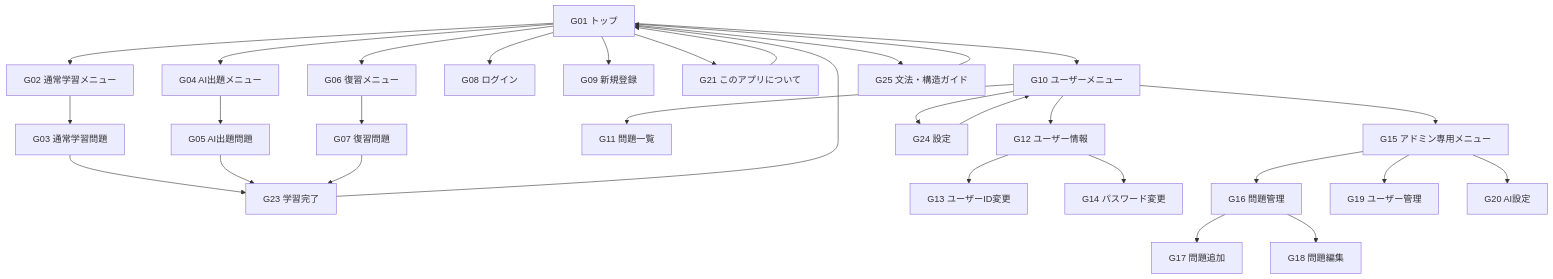
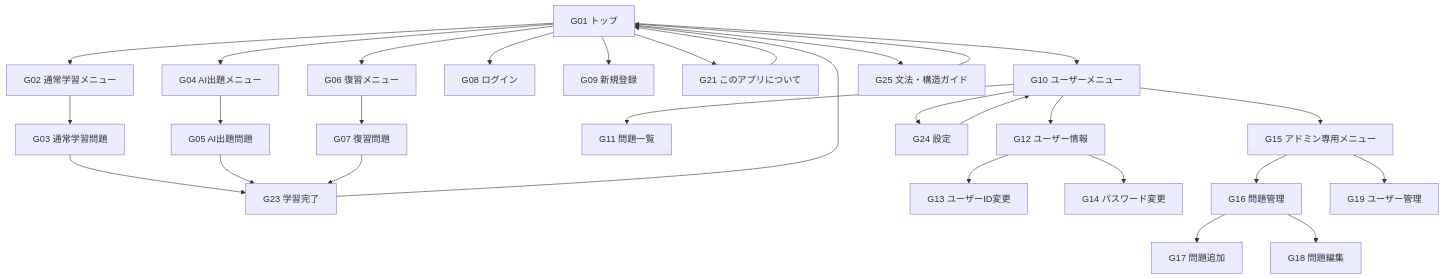
One commit to mawsonlakes790913/ChineseOutputTrainerApplication changed the second of 3 diagrams in docs/requirements/screen-transition.md. Above: the diagram before and after it, drawn with Mermaid. The commit also changed other lines of this file and 5 other files, not shown here.

````diff
--- a/docs/requirements/screen-transition.md
+++ b/docs/requirements/screen-transition.md
@@ -806,44 +801,43 @@
 ```mermaid
 flowchart TD
 
 A["G01 トップ"]
 
 A --> D["G02 通常学習メニュー"]
 A --> E["G04 AI出題メニュー"]
 A --> F["G06 復習メニュー"]
 A --> L["G08 ログイン"]
 A --> R["G09 新規登録"]
 A --> T["G21 このアプリについて"]
 A --> U["G10 ユーザーメニュー"]
 A --> S["G25 文法・構造ガイド"]
 
 D --> D2["G03 通常学習問題"]
 D2 --> Z["G23 学習完了"]
 
 E --> E2["G05 AI出題問題"]
 E2 --> Z
 
 F --> F2["G07 復習問題"]
 F2 --> Z
 
 U --> U1["G11 問題一覧"]
 U --> U2["G12 ユーザー情報"]
 U --> U5["G24 設定"]
 U --> M["G15 アドミン専用メニュー"]
 
 U2 --> U3["G13 ユーザーID変更"]
 U2 --> U4["G14 パスワード変更"]
 
 U5 --> U
 
 M --> M1["G16 問題管理"]
 M --> M2["G19 ユーザー管理"]
-M --> M3["G20 AI設定"]
 
 M1 --> M11["G17 問題追加"]
 M1 --> M12["G18 問題編集"]
 
 S --> A
 Z --> A
 T --> A
 ```
````
